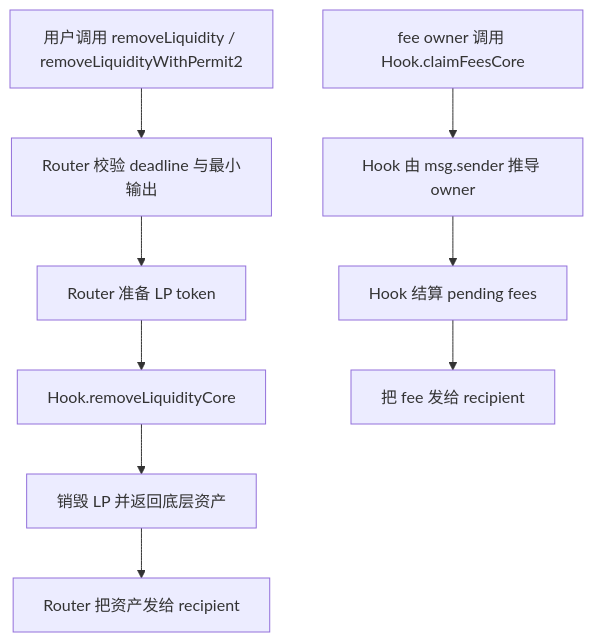
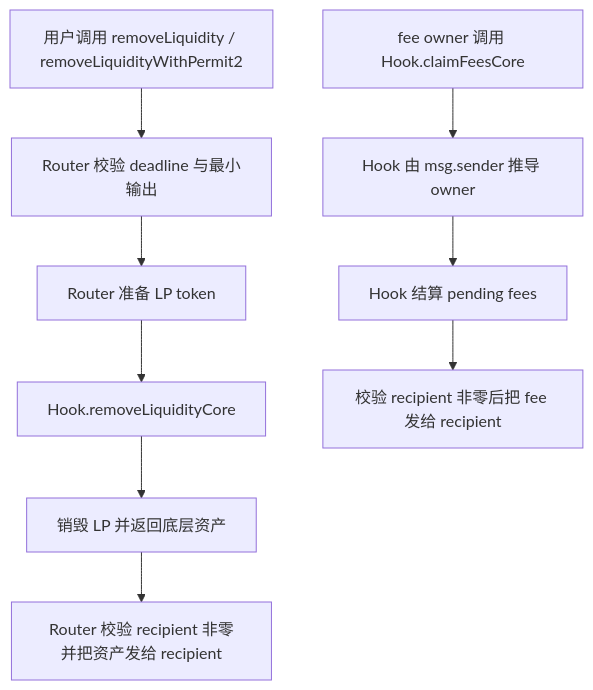
The sixth of 7 diagrams in docs/spec/swap/swap-flow.md (OutrunBuild/MemeverseV2), drawn with Mermaid before and after one commit. The commit also changed 7 other files, not shown here.

````diff
--- a/docs/spec/swap/swap-flow.md
+++ b/docs/spec/swap/swap-flow.md
@@ -138,12 +138,12 @@
 ```mermaid
 flowchart TD
     A[用户调用 removeLiquidity / removeLiquidityWithPermit2] --> B[Router 校验 deadline 与最小输出]
     B --> C[Router 准备 LP token]
     C --> D[Hook.removeLiquidityCore]
     D --> E[销毁 LP 并返回底层资产]
-    E --> F[Router 把资产发给 recipient]
+    E --> F[Router 校验 recipient 非零并把资产发给 recipient]
 
     G[fee owner 调用 Hook.claimFeesCore] --> H[Hook 由 msg.sender 推导 owner]
     H --> I[Hook 结算 pending fees]
-    I --> J[把 fee 发给 recipient]
+    I --> J[校验 recipient 非零后把 fee 发给 recipient]
 ```
````
